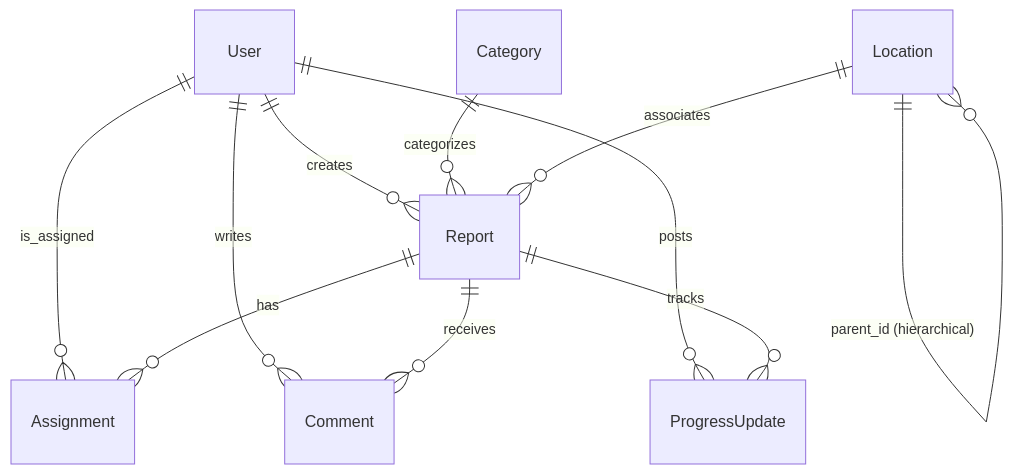
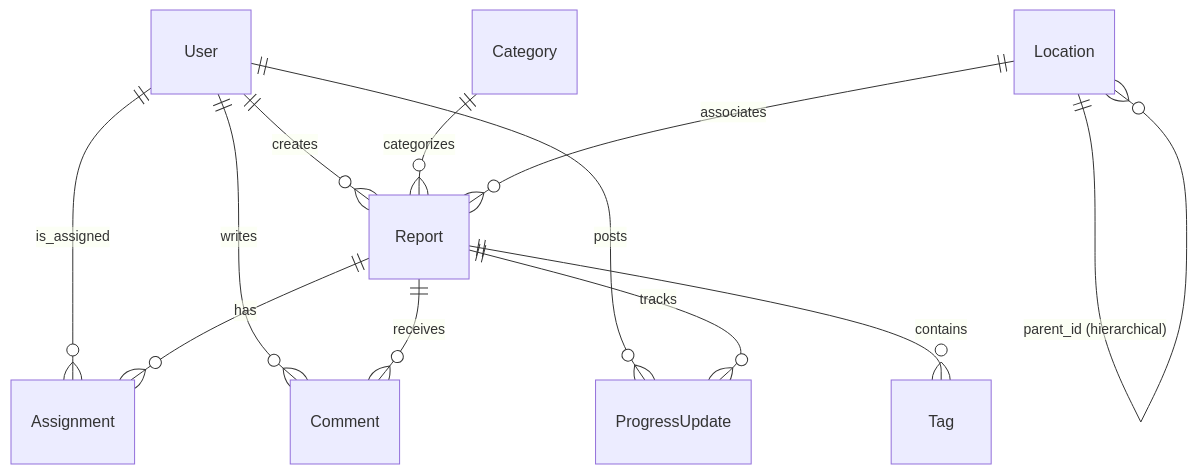
The second of 2 diagrams in server/README.md (navjot-kumar-15/FixMyArea), drawn with Mermaid before and after one commit. The commit also changed other lines of this file, not shown here.

````diff
--- a/server/README.md
+++ b/server/README.md
@@ -102,13 +124,14 @@
 ```mermaid
 erDiagram
     User ||--o{ Report : "creates"
     User ||--o{ Assignment : "is_assigned"
     User ||--o{ Comment : "writes"
     User ||--o{ ProgressUpdate : "posts"
     Category ||--o{ Report : "categorizes"
     Location ||--o{ Location : "parent_id (hierarchical)"
     Location ||--o{ Report : "associates"
     Report ||--o{ Assignment : "has"
     Report ||--o{ Comment : "receives"
     Report ||--o{ ProgressUpdate : "tracks"
+    Report ||--o{ Tag : "contains"
 ```
````
